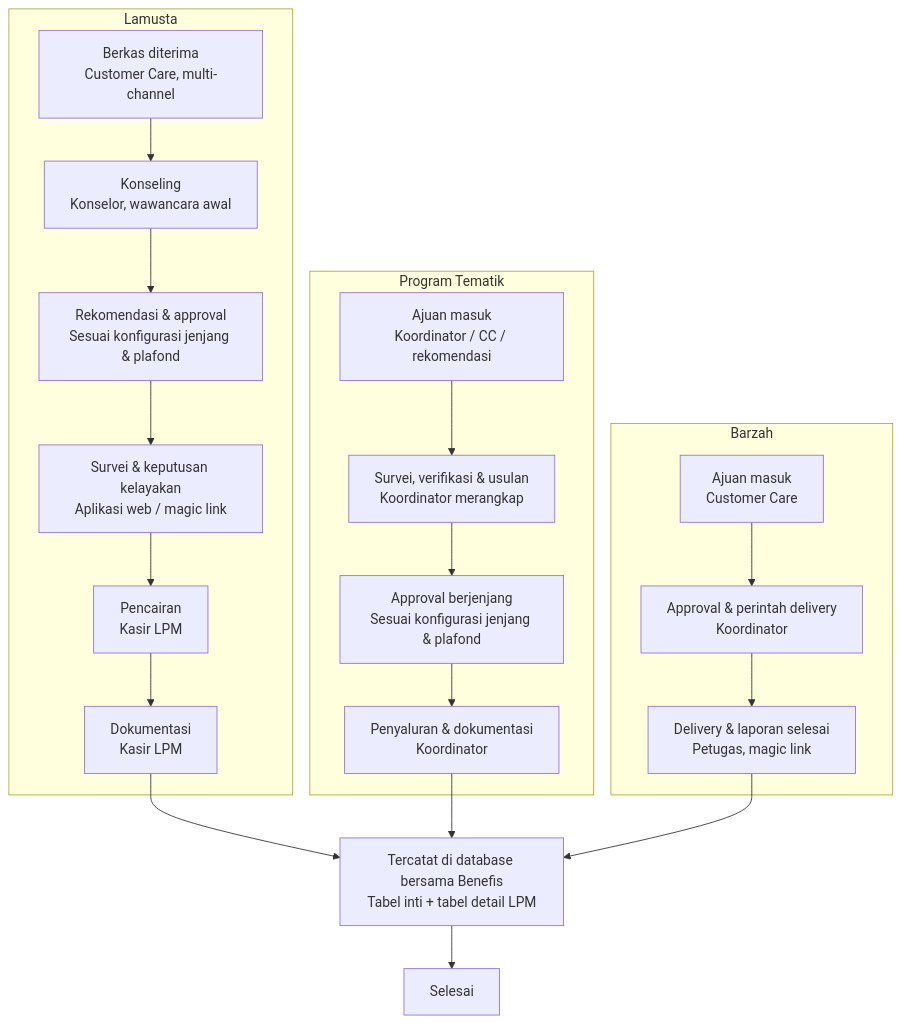
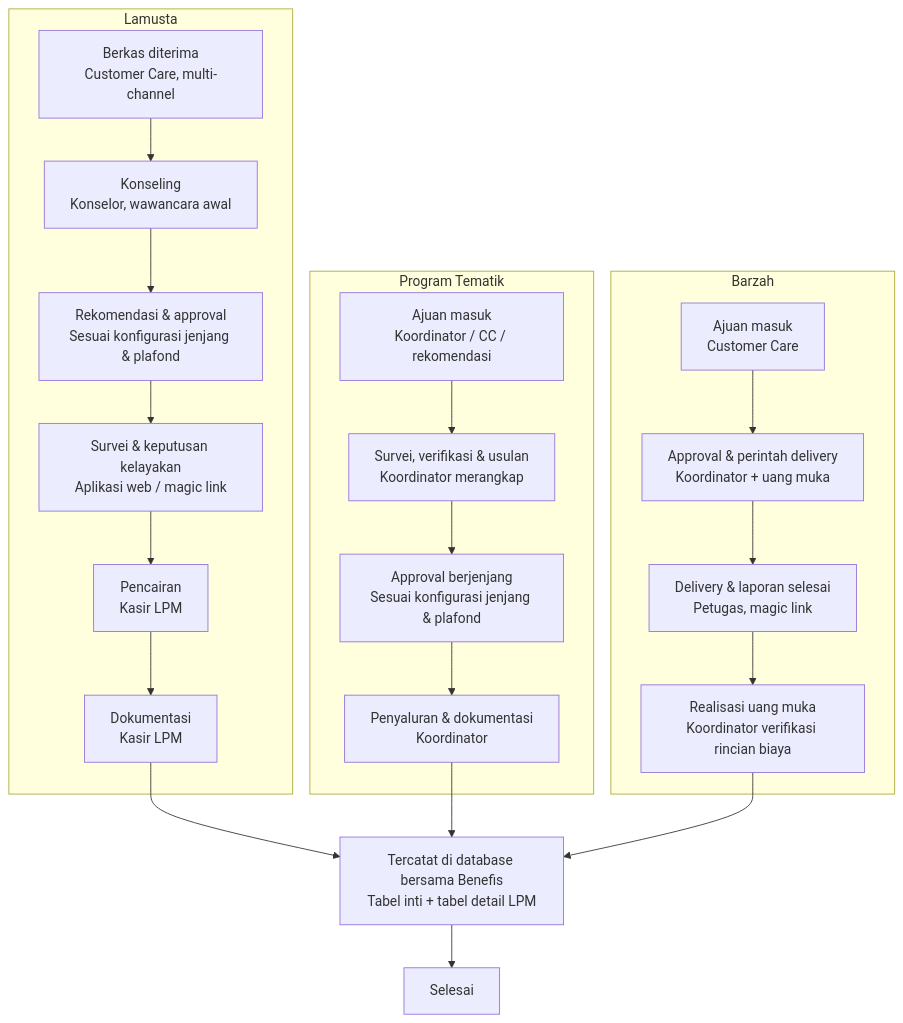
Before and after one commit to aryadd/benefislpm: the first of 2 diagrams in PRD_v2_Pencatatan_Approval_LPM (1).md, drawn with Mermaid. The commit also changed other lines of this file and 24 other files, not shown here.

First line of the commit message:
feat(barzah): alur realization uang muka hingga transaksi manfaat

````diff
--- a/PRD_v2_Pencatatan_Approval_LPM (1).md
+++ b/PRD_v2_Pencatatan_Approval_LPM (1).md
@@ -70,32 +73,33 @@
 ```mermaid
 flowchart TD
     subgraph Lamusta
         L1["Berkas diterima<br/>Customer Care, multi-channel"]
         L2["Konseling<br/>Konselor, wawancara awal"]
         L3["Rekomendasi & approval<br/>Sesuai konfigurasi jenjang & plafond"]
         L4["Survei & keputusan kelayakan<br/>Aplikasi web / magic link"]
         L5["Pencairan<br/>Kasir LPM"]
         L6["Dokumentasi<br/>Kasir LPM"]
         L1 --> L2 --> L3 --> L4 --> L5 --> L6
     end
 
     subgraph "Program Tematik"
         T1["Ajuan masuk<br/>Koordinator / CC / rekomendasi"]
         T2["Survei, verifikasi & usulan<br/>Koordinator merangkap"]
         T3["Approval berjenjang<br/>Sesuai konfigurasi jenjang & plafond"]
         T4["Penyaluran & dokumentasi<br/>Koordinator"]
         T1 --> T2 --> T3 --> T4
     end
 
     subgraph Barzah
         B1["Ajuan masuk<br/>Customer Care"]
-        B2["Approval & perintah delivery<br/>Koordinator"]
+        B2["Approval & perintah delivery<br/>Koordinator + uang muka"]
         B3["Delivery & laporan selesai<br/>Petugas, magic link"]
-        B1 --> B2 --> B3
+        B4["Realisasi uang muka<br/>Koordinator verifikasi rincian biaya"]
+        B1 --> B2 --> B3 --> B4
     end
 
     L6 --> SYNC["Tercatat di database bersama Benefis<br/>Tabel inti + tabel detail LPM"]
     T4 --> SYNC
-    B3 --> SYNC
+    B4 --> SYNC
     SYNC --> DONE["Selesai"]
 ```
````
